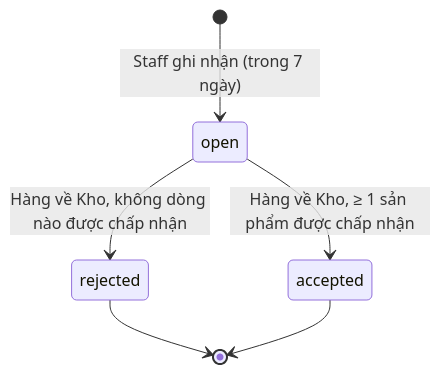
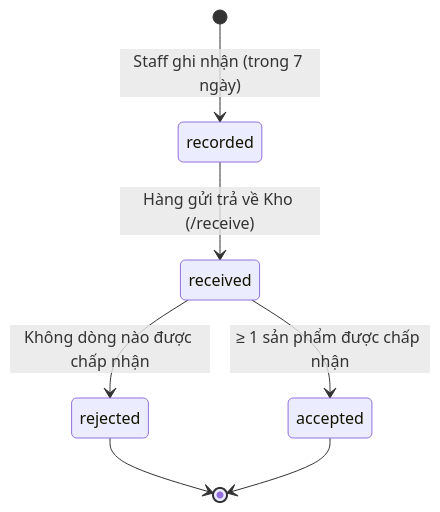
The diagram in docs/architecture/modules/refunds-returns.md (LuongCongThanh/be-demo), drawn with Mermaid before and after one commit. The commit also changed other lines of this file and 8 other files, not shown here.

Commit message:
docs: resolve business/schema conflicts

````diff
--- a/docs/architecture/modules/refunds-returns.md
+++ b/docs/architecture/modules/refunds-returns.md
@@ -44,8 +45,9 @@
 ```mermaid
 stateDiagram-v2
-    [*] --> open: Staff ghi nhận (trong 7 ngày)
-    open --> rejected: Hàng về Kho, không dòng nào được chấp nhận
-    open --> accepted: Hàng về Kho, ≥ 1 sản phẩm được chấp nhận
+    [*] --> recorded: Staff ghi nhận (trong 7 ngày)
+    recorded --> received: Hàng gửi trả về Kho (/receive)
+    received --> rejected: Không dòng nào được chấp nhận
+    received --> accepted: ≥ 1 sản phẩm được chấp nhận
     rejected --> [*]
     accepted --> [*]
 ```
````
